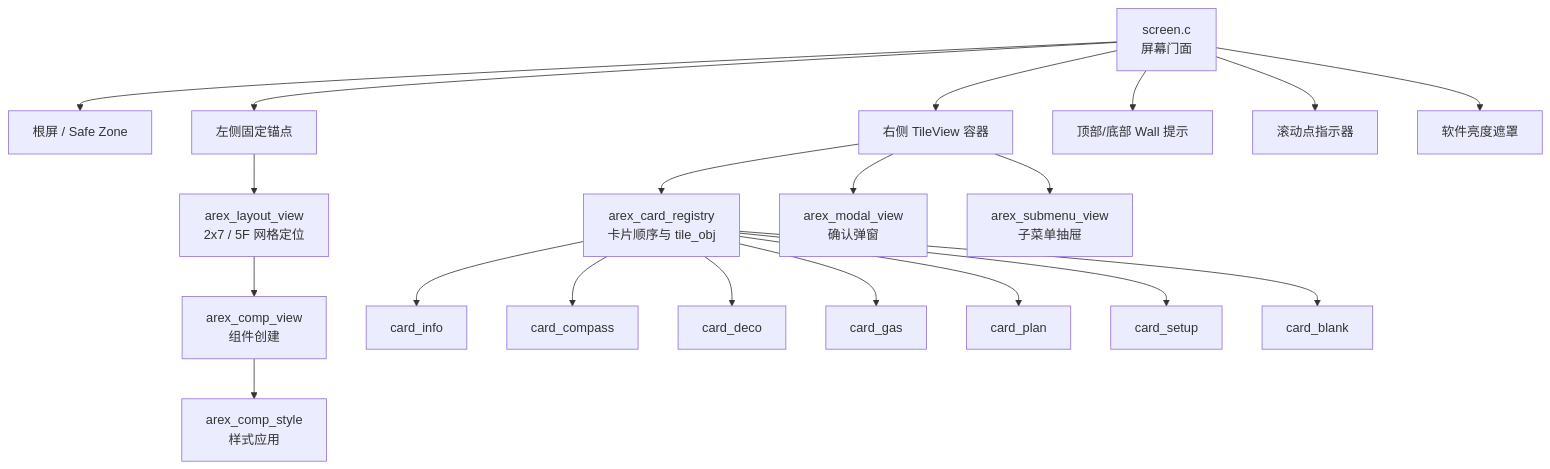
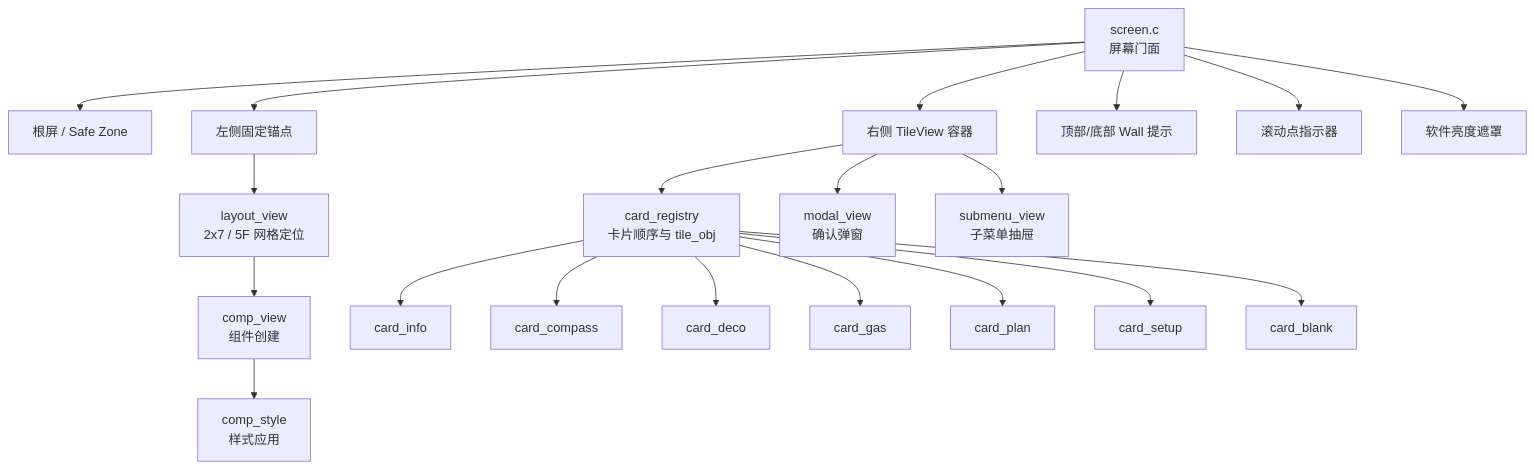
Before and after one commit to arexvision/lv_port_win_codeblocks-release-v8.3_hasGroup: the third of 6 diagrams in UI_html_DOC/UI_MODULE_MAP.md, drawn with Mermaid. The commit also changed other lines of this file and 4 other files, not shown here.

````diff
--- a/UI_html_DOC/UI_MODULE_MAP.md
+++ b/UI_html_DOC/UI_MODULE_MAP.md
@@ -64,25 +68,25 @@
 ```mermaid
 flowchart TB
     Screen["screen.c<br/>屏幕门面"] --> Root["根屏 / Safe Zone"]
     Screen --> Left["左侧固定锚点"]
     Screen --> Right["右侧 TileView 容器"]
     Screen --> Walls["顶部/底部 Wall 提示"]
     Screen --> Dots["滚动点指示器"]
     Screen --> Brightness["软件亮度遮罩"]
 
-    Left --> LayoutGrid["arex_layout_view<br/>2x7 / 5F 网格定位"]
-    LayoutGrid --> WidgetFactory["arex_comp_view<br/>组件创建"]
-    WidgetFactory --> WidgetStyle["arex_comp_style<br/>样式应用"]
+    Left --> LayoutGrid["layout_view<br/>2x7 / 5F 网格定位"]
+    LayoutGrid --> WidgetFactory["comp_view<br/>组件创建"]
+    WidgetFactory --> WidgetStyle["comp_style<br/>样式应用"]
 
-    Right --> Registry["arex_card_registry<br/>卡片顺序与 tile_obj"]
+    Right --> Registry["card_registry<br/>卡片顺序与 tile_obj"]
     Registry --> Info["card_info"]
     Registry --> Compass["card_compass"]
     Registry --> Deco["card_deco"]
     Registry --> Gas["card_gas"]
     Registry --> Plan["card_plan"]
     Registry --> Setup["card_setup"]
     Registry --> Blank["card_blank"]
 
-    Right --> Modal["arex_modal_view<br/>确认弹窗"]
-    Right --> Submenu["arex_submenu_view<br/>子菜单抽屉"]
+    Right --> Modal["modal_view<br/>确认弹窗"]
+    Right --> Submenu["submenu_view<br/>子菜单抽屉"]
 ```
````
